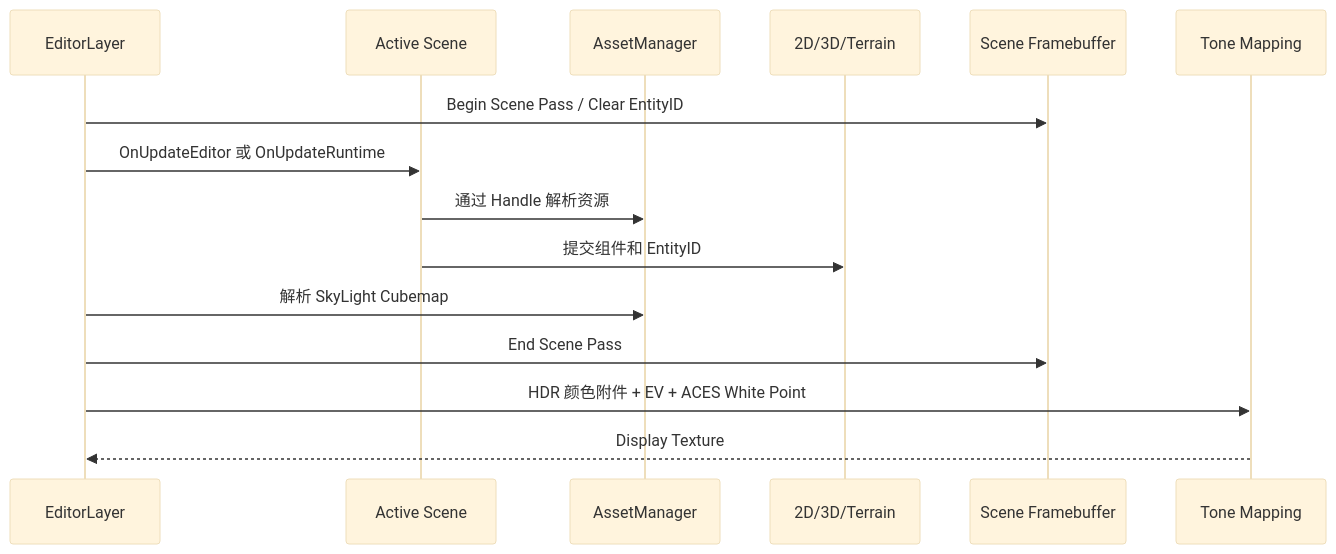
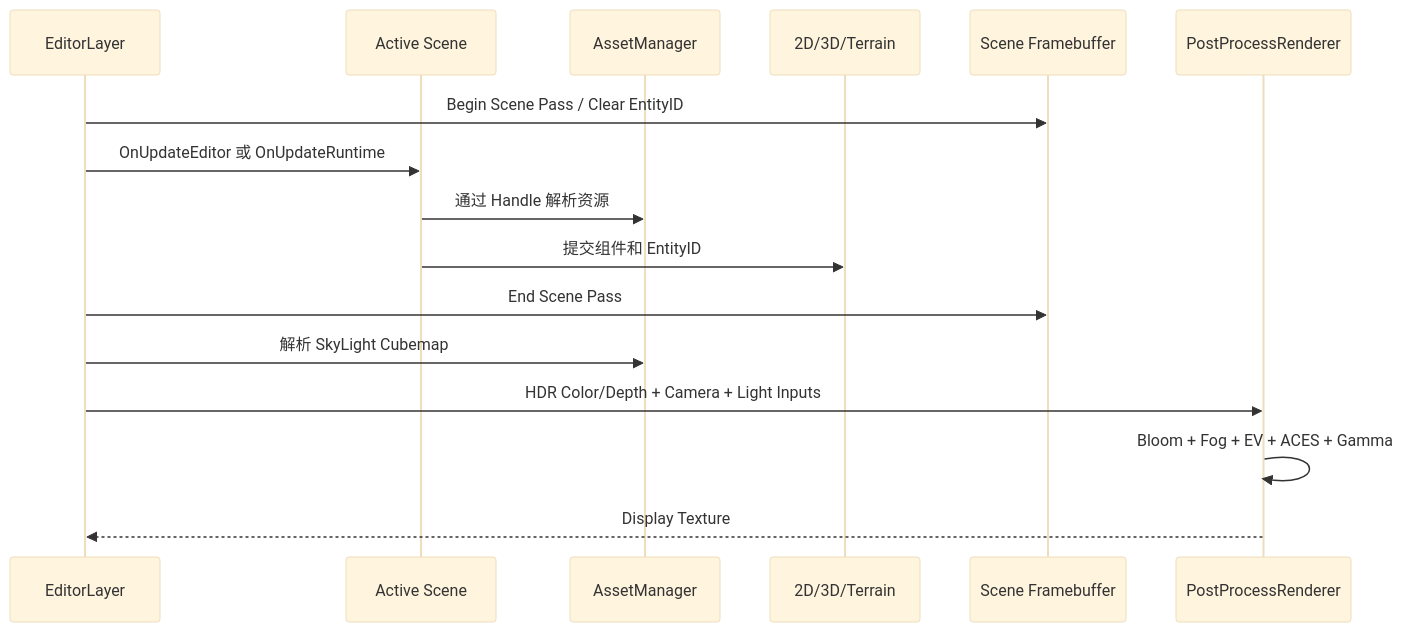
Before and after one commit to Ch1aki7/Glimmer: the sixth of 7 diagrams in ARCHITECTURE.md, drawn with Mermaid (base theme). The commit also changed other lines of this file and 7 other files, not shown here.

````diff
--- a/ARCHITECTURE.md
+++ b/ARCHITECTURE.md
@@ -404,17 +406,18 @@
 ```mermaid
 sequenceDiagram
     participant Editor as EditorLayer
     participant Scene as Active Scene
     participant Assets as AssetManager
     participant Renderers as 2D/3D/Terrain
     participant FBO as Scene Framebuffer
-    participant Tone as Tone Mapping
+    participant Post as PostProcessRenderer
     Editor->>FBO: Begin Scene Pass / Clear EntityID
     Editor->>Scene: OnUpdateEditor 或 OnUpdateRuntime
     Scene->>Assets: 通过 Handle 解析资源
     Scene->>Renderers: 提交组件和 EntityID
+    Editor->>FBO: End Scene Pass
     Editor->>Assets: 解析 SkyLight Cubemap
-    Editor->>FBO: End Scene Pass
-    Editor->>Tone: HDR 颜色附件 + EV + ACES White Point
-    Tone-->>Editor: Display Texture
+    Editor->>Post: HDR Color/Depth + Camera + Light Inputs
+    Post->>Post: Bloom + Fog + EV + ACES + Gamma
+    Post-->>Editor: Display Texture
 ```
````
